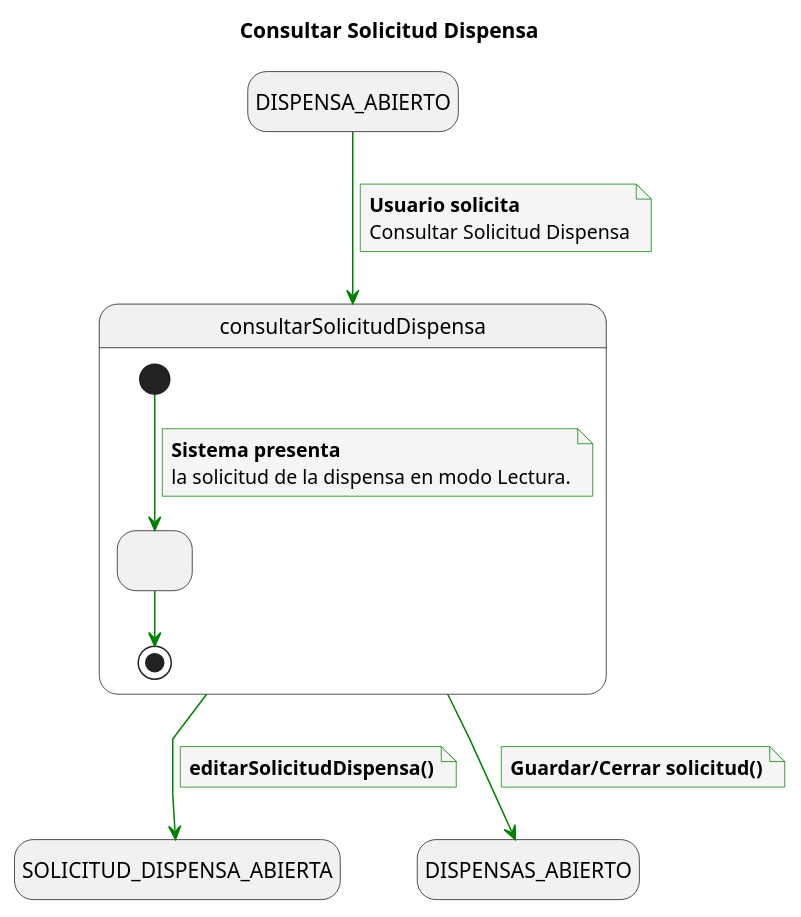
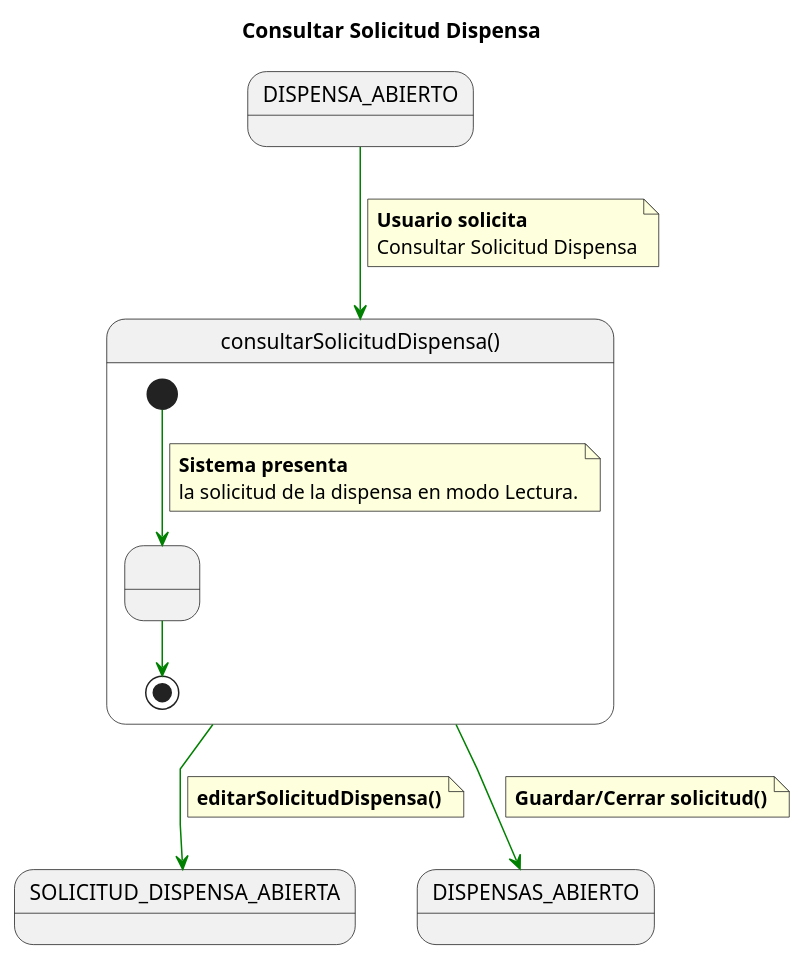
Before and after one commit to enmabry/25-26-IdSw1-SdR: the diagram in documents/CasosDeUso/DetalladoCasosDeUso/Secretaria/consultarSolicitudDispensa.puml, drawn with PlantUML. The commit also changed 21 other files, not shown here.

```diff
--- a/documents/CasosDeUso/DetalladoCasosDeUso/Secretaria/consultarSolicitudDispensa.puml
+++ b/documents/CasosDeUso/DetalladoCasosDeUso/Secretaria/consultarSolicitudDispensa.puml
@@ -1,49 +1,41 @@
 @startuml
 title Consultar Solicitud Dispensa
 
-
-skinparam {
-    NoteBackgroundColor #whiteSmoke
-    ArrowColor #green
-    NoteBorderColor #green
-    linetype polyline
-}
-
-hide empty description
+skinparam linetype polyline
 
 state startState as "DISPENSA_ABIERTO" 
 state endState1 as "SOLICITUD_DISPENSA_ABIERTA" 
 state endState2 as "DISPENSAS_ABIERTO" 
 
-startState --> consultarSolicitudDispensa
+startState -[#green]-> consultarSolicitudDispensa
 note on link
     <b>Usuario solicita</b>
     Consultar Solicitud Dispensa
 end note
 
-state consultarSolicitudDispensa {
+state consultarSolicitudDispensa as "consultarSolicitudDispensa()" {
     state MostrarSolicitud as " "
 
     ' 1. Inicio: El sistema consulta y presenta la solicitud en modo lectura
-    [*] --> MostrarSolicitud
+    [*] -[#green]-> MostrarSolicitud
     note on link
         <b>Sistema presenta</b>
         la solicitud de la dispensa en modo Lectura.
     end note
 
     ' 2. Fin: El caso de uso interno finaliza
-    MostrarSolicitud --> [*]
+    MostrarSolicitud -[#green]-> [*]
 }
 
 
-consultarSolicitudDispensa --> endState1
+consultarSolicitudDispensa -[#green]-> endState1
 note on link
     <b>editarSolicitudDispensa()</b>
 end note
 
-consultarSolicitudDispensa --> endState2
+consultarSolicitudDispensa -[#green]-> endState2
 note on link
     <b>Guardar/Cerrar solicitud()</b>
 end note
 
-@enduml
+@endumal
```
